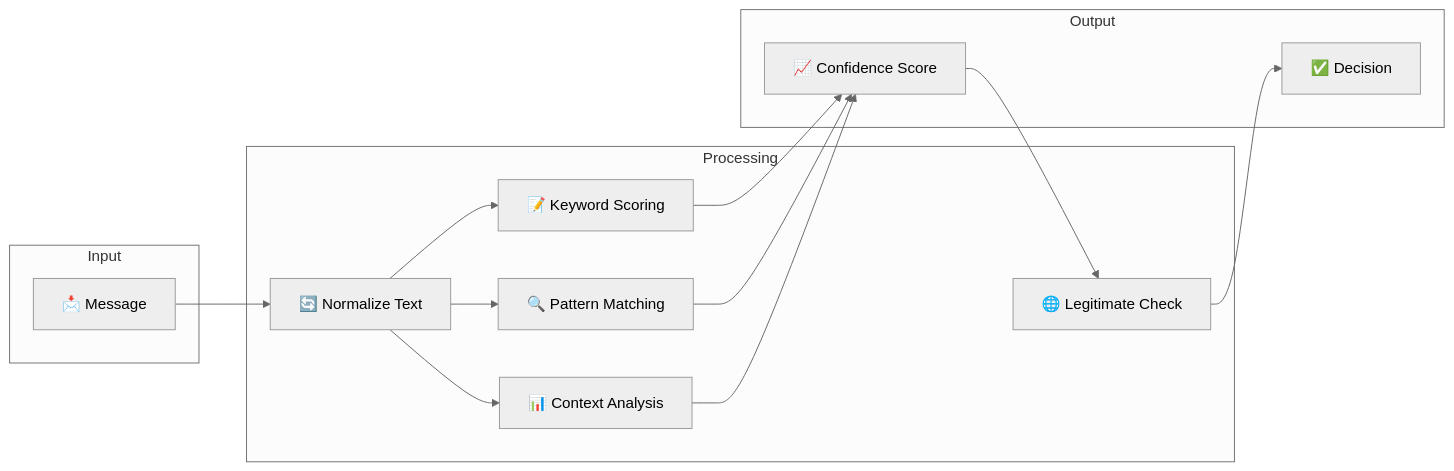
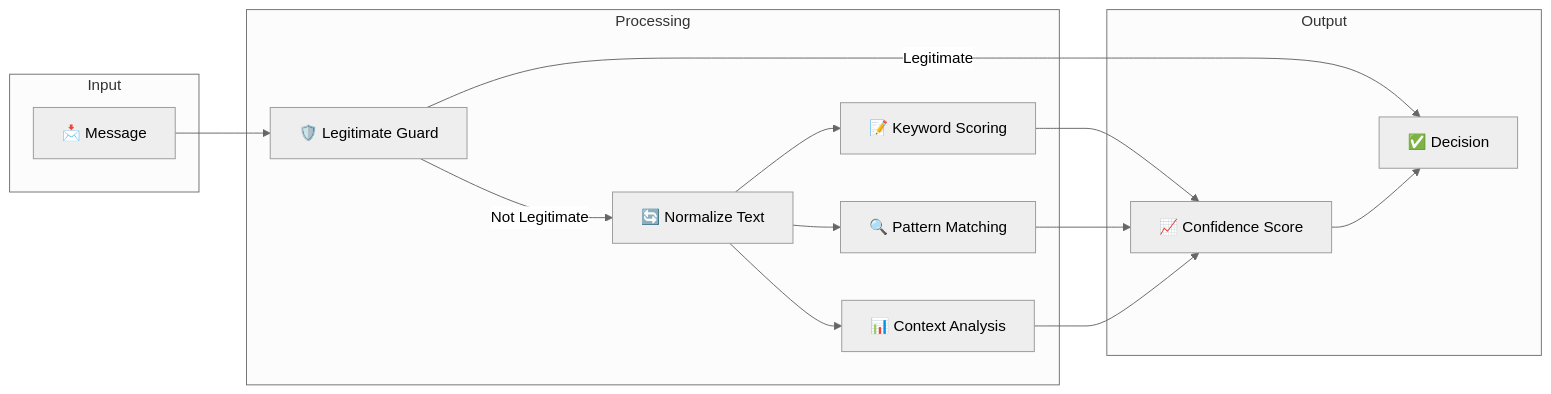
One commit to kvpradeep279/Agentic-Honey-Pot-for-Scam-Detection-Intelligence-Extraction changed the fourth of 6 diagrams in README.md. Above: the diagram before and after it, drawn with Mermaid (neutral theme). The commit also changed other lines of this file and 2 other files, not shown here.

````diff
--- a/README.md
+++ b/README.md
@@ -322,29 +322,30 @@
 ```mermaid
 flowchart LR
     subgraph Input
         M[📩 Message]
     end
     
     subgraph Processing
+        L[🛡️ Legitimate Guard]
         N[🔄 Normalize Text]
         K[📝 Keyword Scoring]
         P[🔍 Pattern Matching]
         C[📊 Context Analysis]
-        L[🌐 Legitimate Check]
     end
     
     subgraph Output
         S[📈 Confidence Score]
         D[✅ Decision]
     end
     
-    M --> N
+    M --> L
+    L -->|Not Legitimate| N
+    L -->|Legitimate| D
     N --> K
     N --> P
     N --> C
     K --> S
     P --> S
     C --> S
-    S --> L
-    L --> D
+    S --> D
 ```
````
